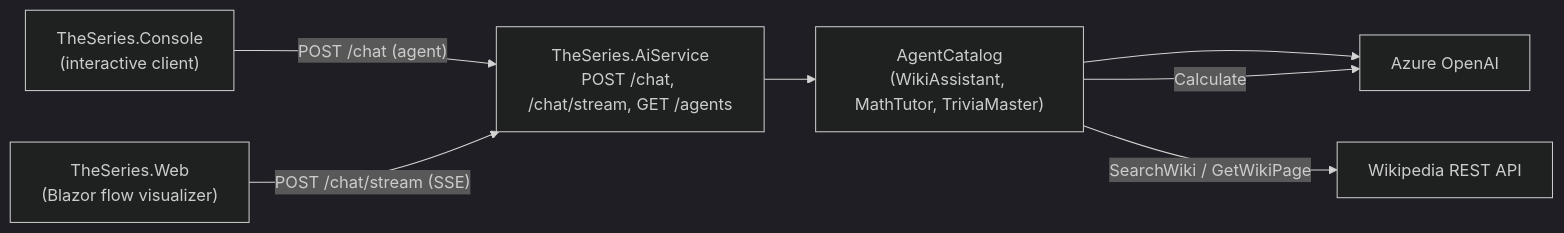
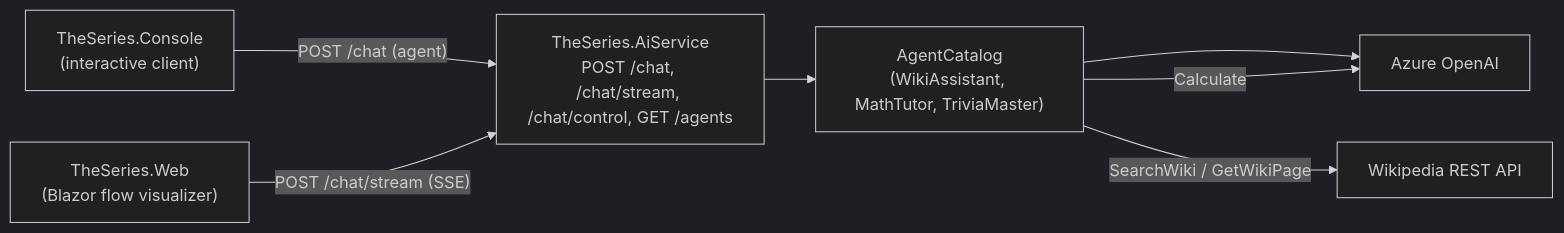
The diagram in README.md (o-viken/AgenticLab), drawn with Mermaid (dark theme) before and after one commit. The commit also changed other lines of this file and 8 other files, not shown here.

Commit message:
Implement manual and auto stepping modes for agent execution flow (#3)

````diff
--- a/README.md
+++ b/README.md
@@ -7,16 +7,16 @@
 ```mermaid
 flowchart LR
     Console["TheSeries.Console<br/>(interactive client)"]
     Web["TheSeries.Web<br/>(Blazor flow visualizer)"]
-    AiService["TheSeries.AiService<br/>POST /chat, /chat/stream, GET /agents"]
+    AiService["TheSeries.AiService<br/>POST /chat, /chat/stream, /chat/control, GET /agents"]
     Catalog["AgentCatalog<br/>(WikiAssistant, MathTutor, TriviaMaster)"]
     OpenAI["Azure OpenAI"]
     Wiki["Wikipedia REST API"]
 
     Console -->|"POST /chat (agent)"| AiService
     Web -->|"POST /chat/stream (SSE)"| AiService
     AiService --> Catalog
     Catalog --> OpenAI
     Catalog -->|"SearchWiki / GetWikiPage"| Wiki
     Catalog -->|"Calculate"| OpenAI
 ```
````
